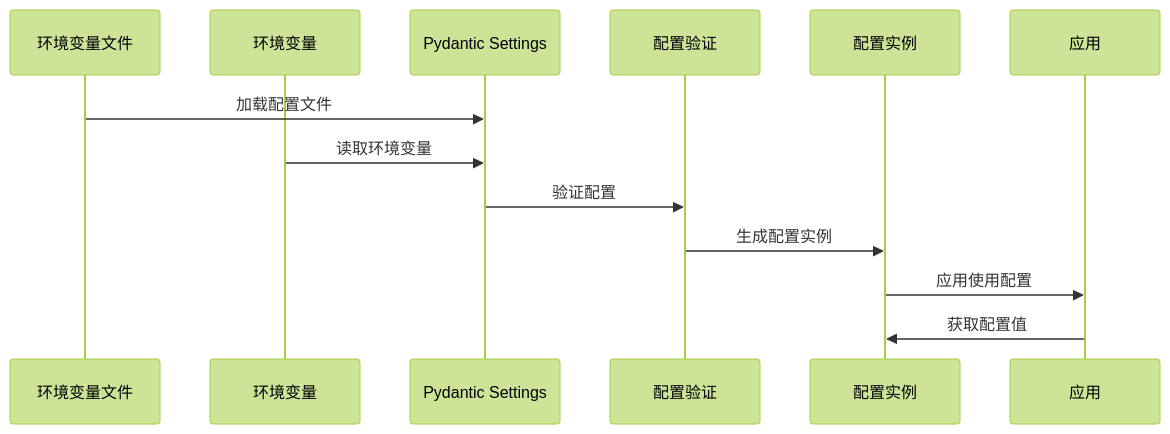
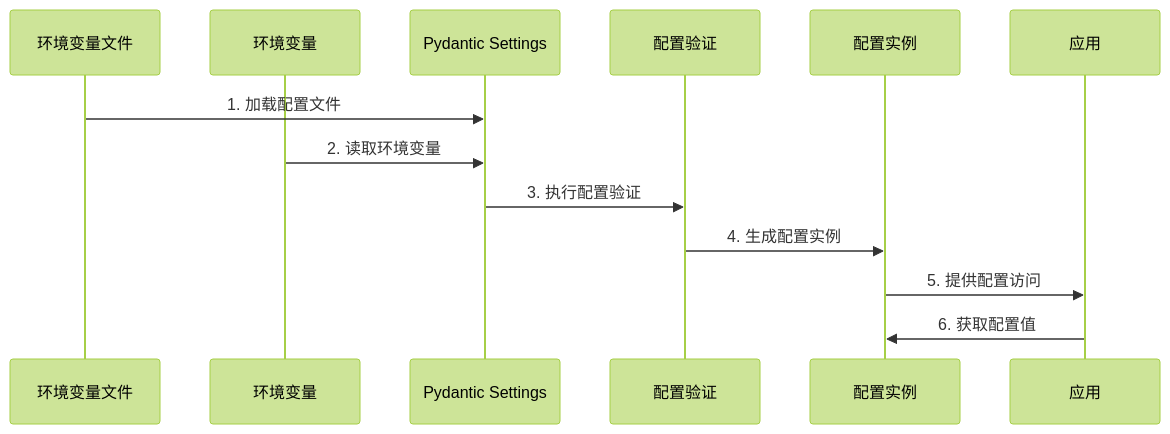
One commit to amuqiao/fastapi-enterprise-framework-template changed the sixth of 24 diagrams in docs/design/architecture_guide.md. Above: the diagram before and after it, drawn with Mermaid (forest theme). The commit also changed other lines of this file, not shown here.

````diff
--- a/docs/design/architecture_guide.md
+++ b/docs/design/architecture_guide.md
@@ -386,16 +386,16 @@
 ```mermaid
 sequenceDiagram
     participant EnvFile as 环境变量文件
     participant EnvVar as 环境变量
     participant Pydantic as Pydantic Settings
     participant Validation as 配置验证
     participant Config as 配置实例
     participant App as 应用
     
-    EnvFile->>Pydantic: 加载配置文件
-    EnvVar->>Pydantic: 读取环境变量
-    Pydantic->>Validation: 验证配置
-    Validation->>Config: 生成配置实例
-    Config->>App: 应用使用配置
-    App->>Config: 获取配置值
+    EnvFile->>Pydantic: 1. 加载配置文件
+    EnvVar->>Pydantic: 2. 读取环境变量
+    Pydantic->>Validation: 3. 执行配置验证
+    Validation->>Config: 4. 生成配置实例
+    Config->>App: 5. 提供配置访问
+    App->>Config: 6. 获取配置值
 ```
````
